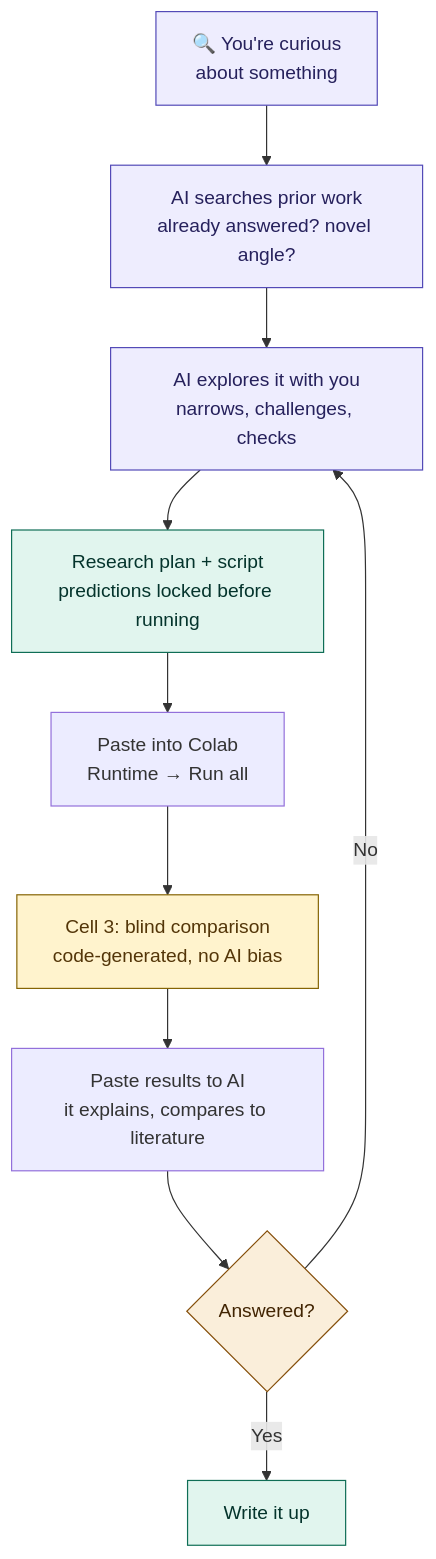
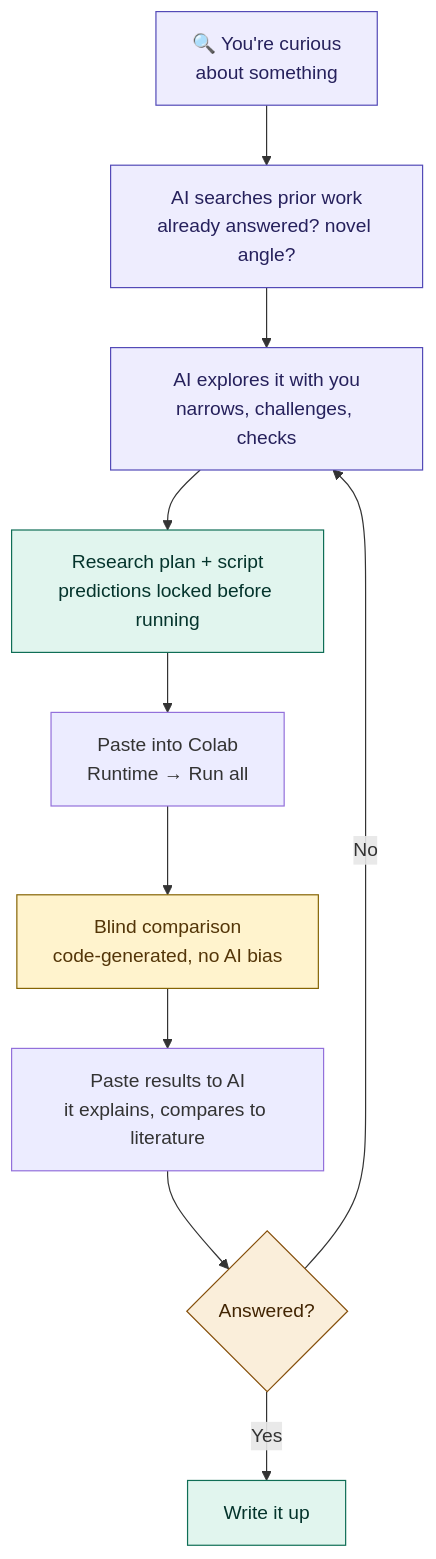
Before and after one commit to RenSolvyn/aegis-framework: the diagram in README.md, drawn with Mermaid. The commit also changed other lines of this file and 5 other files, not shown here.

````diff
--- a/README.md
+++ b/README.md
@@ -54,20 +104,20 @@
 ```mermaid
 flowchart TD
     Q["🔍 You're curious\nabout something"] --> S["AI searches prior work\nalready answered? novel angle?"]
     S --> B["AI explores it with you\nnarrows, challenges, checks"]
     B --> P["Research plan + script\npredictions locked before running"]
     P --> RUN["Paste into Colab\nRuntime → Run all"]
-    RUN --> C3["Cell 3: blind comparison\ncode-generated, no AI bias"]
+    RUN --> C3["Blind comparison\ncode-generated, no AI bias"]
     C3 --> RE["Paste results to AI\nit explains, compares to literature"]
     RE --> D{"Answered?"}
     D -->|Yes| W["Write it up"]
     D -->|No| B
 
     style Q fill:#EEEDFE,stroke:#534AB7,color:#26215C
     style S fill:#EEEDFE,stroke:#534AB7,color:#26215C
     style B fill:#EEEDFE,stroke:#534AB7,color:#26215C
     style P fill:#E1F5EE,stroke:#0F6E56,color:#04342C
     style C3 fill:#FFF3CD,stroke:#856404,color:#533508
     style W fill:#E1F5EE,stroke:#0F6E56,color:#04342C
     style D fill:#FAEEDA,stroke:#854F0B,color:#412402
 ```
````
